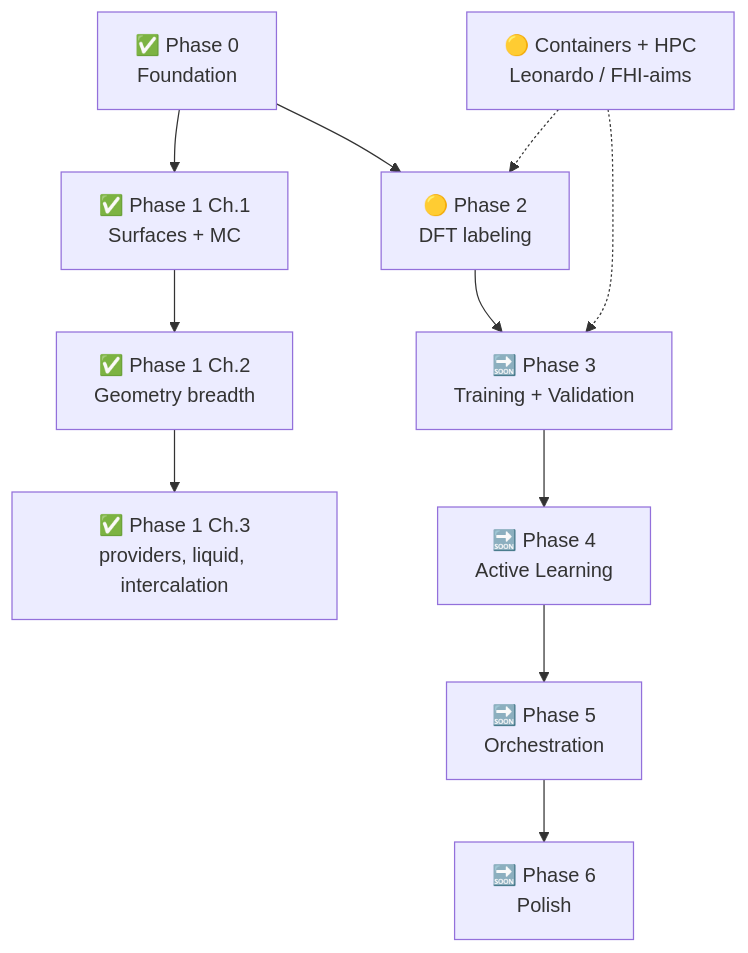
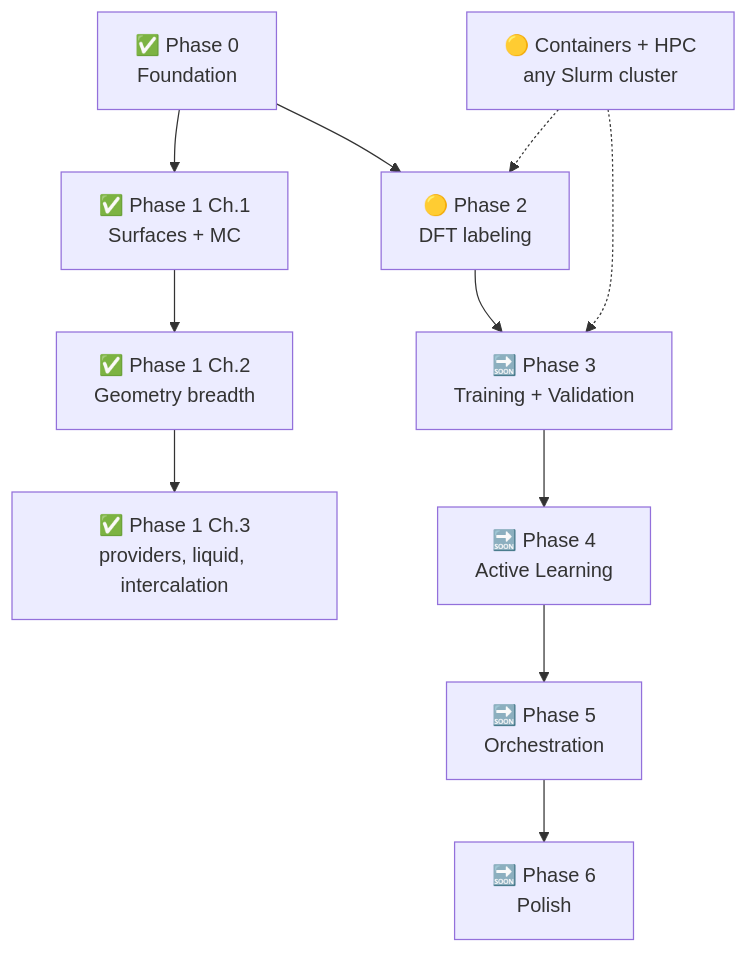
Before and after one commit to basillicus/traincraft: the diagram in docs/roadmap.md, drawn with Mermaid. The commit also changed other lines of this file and 3 other files, not shown here.

First line of the commit message:
docs: generalise the docs-site roadmap and stragglers off Leonardo

````diff
--- a/docs/roadmap.md
+++ b/docs/roadmap.md
@@ -140,19 +145,19 @@
 ```mermaid
 graph TD
     P0["✅ Phase 0<br/>Foundation"]
     P1A["✅ Phase 1 Ch.1<br/>Surfaces + MC"]
     P1B["✅ Phase 1 Ch.2<br/>Geometry breadth"]
     P1C["✅ Phase 1 Ch.3<br/>providers, liquid, intercalation"]
     P2["🟡 Phase 2<br/>DFT labeling"]
-    HPC["🟡 Containers + HPC<br/>Leonardo / FHI-aims"]
+    HPC["🟡 Containers + HPC<br/>any Slurm cluster"]
     P3["🔜 Phase 3<br/>Training + Validation"]
     P4["🔜 Phase 4<br/>Active Learning"]
     P5["🔜 Phase 5<br/>Orchestration"]
     P6["🔜 Phase 6<br/>Polish"]
 
     P0 --> P1A --> P1B --> P1C
     P0 --> P2
     P2 --> P3 --> P4 --> P5 --> P6
     HPC -.-> P2
     HPC -.-> P3
 ```
````
